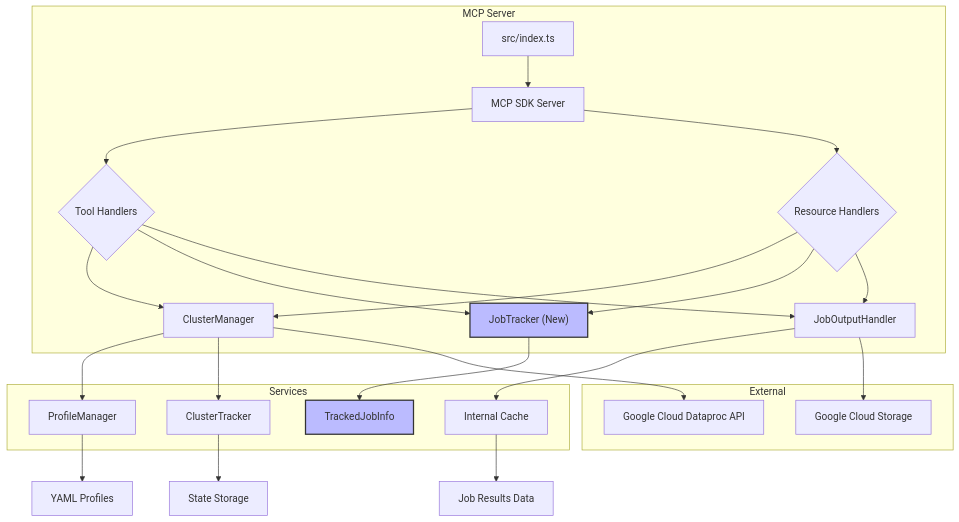
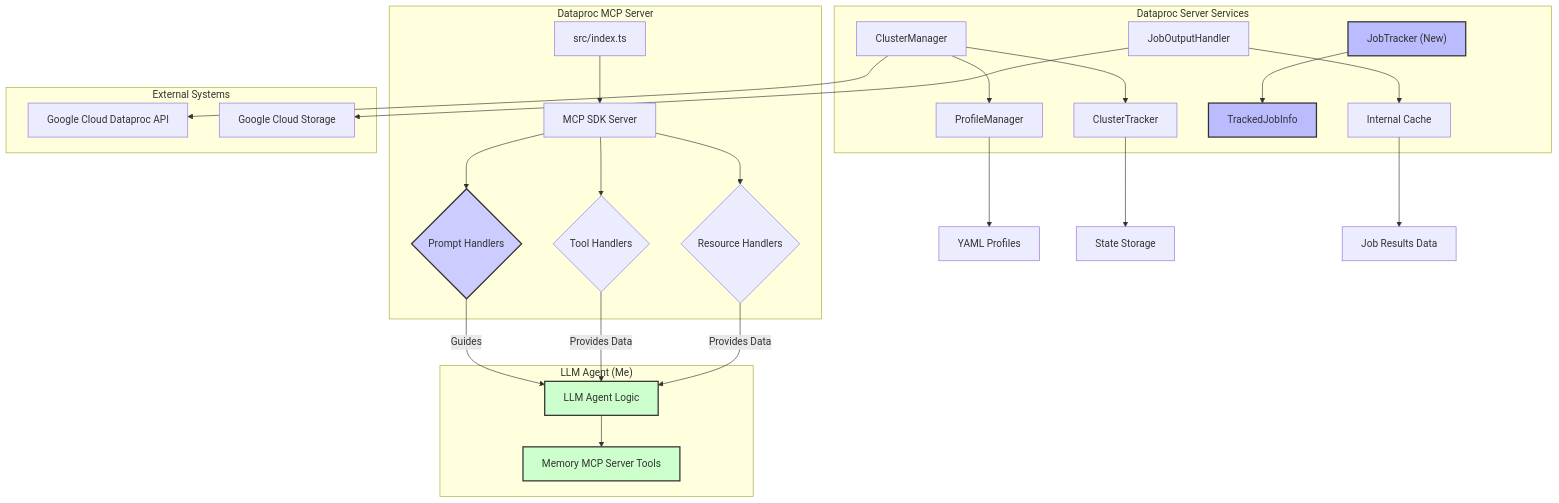
Before and after one commit to dipseth/dataproc-mcp: the diagram in docs/mcp-resources-plan.md, drawn with Mermaid. The commit also changed other lines of this file, not shown here.

Commit message:
doc update: Enhance MCP server with prompts for LLM agent context management and job tracking capabilities

````diff
--- a/docs/mcp-resources-plan.md
+++ b/docs/mcp-resources-plan.md
@@ -365,49 +635,59 @@
 ```mermaid
 graph TD
-    subgraph "MCP Server"
+    subgraph "Dataproc MCP Server"
         A["src/index.ts"]
         B["MCP SDK Server"]
         C{"Tool Handlers"}
         D{"Resource Handlers"}
+        P{"Prompt Handlers"}
         
         A --> B
         B --> C
         B --> D
-        C --> E
-        C --> F
-        C --> G
-        D --> E
-        D --> F
-        D --> G
+        B --> P
     end
 
-    subgraph "Services"
+    subgraph "Dataproc Server Services"
         E["ClusterManager"]
         F["JobTracker (New)"]
         G["JobOutputHandler"]
         H["ProfileManager"]
         I["ClusterTracker"]
         J["TrackedJobInfo"]
         K["Internal Cache"]
         
         E --> H
         E --> I
         F --> J
         G --> K
     end
 
-    subgraph "External"
+    subgraph "External Systems"
         L["Google Cloud Dataproc API"]
         M["Google Cloud Storage"]
         
         E --> L
         G --> M
     end
 
-    H --> N["YAML Profiles"]
-    I --> O["State Storage"]
-    K --> P["Job Results Data"]
+    subgraph "LLM Agent (Me)"
+        Q["LLM Agent Logic"]
+        R["Memory MCP Server Tools"]
+        
+        Q --> R
+    end
+
+    H --> O["YAML Profiles"]
+    I --> S["State Storage"]
+    K --> T["Job Results Data"]
+
+    P -- "Guides" --> Q
+    C -- "Provides Data" --> Q
+    D -- "Provides Data" --> Q
 
     style F fill:#bbf,stroke:#333,stroke-width:2px
     style J fill:#bbf,stroke:#333,stroke-width:2px
-```
+    style P fill:#ccf,stroke:#333,stroke-width:2px
+    style Q fill:#cfc,stroke:#333,stroke-width:2px
+    style R fill:#cfc,stroke:#333,stroke-width:2px
+```    
````
